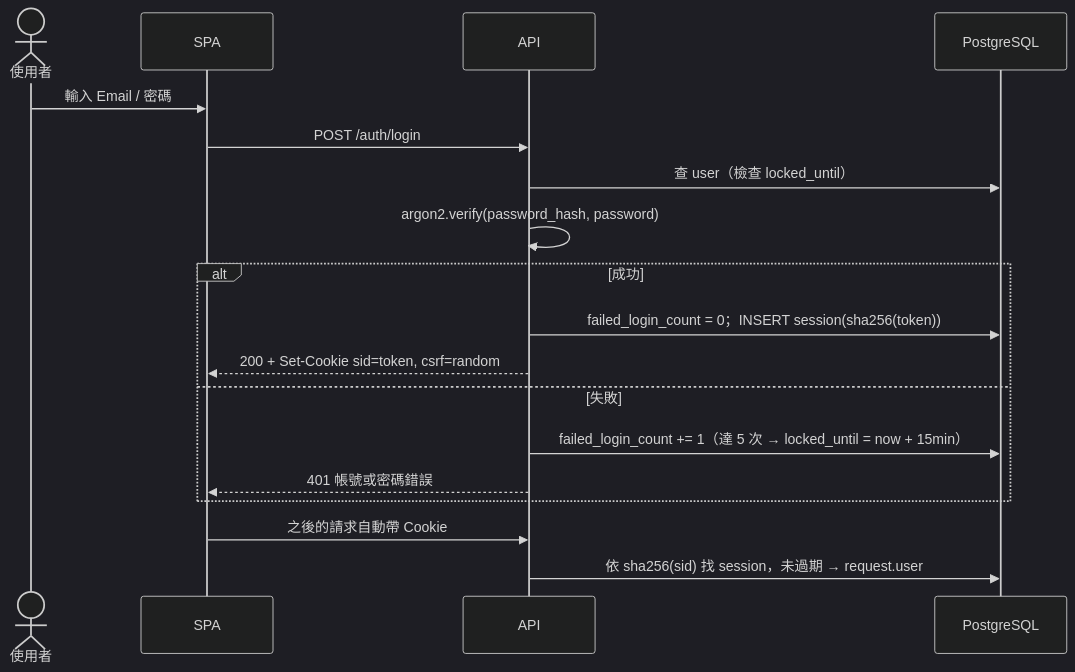
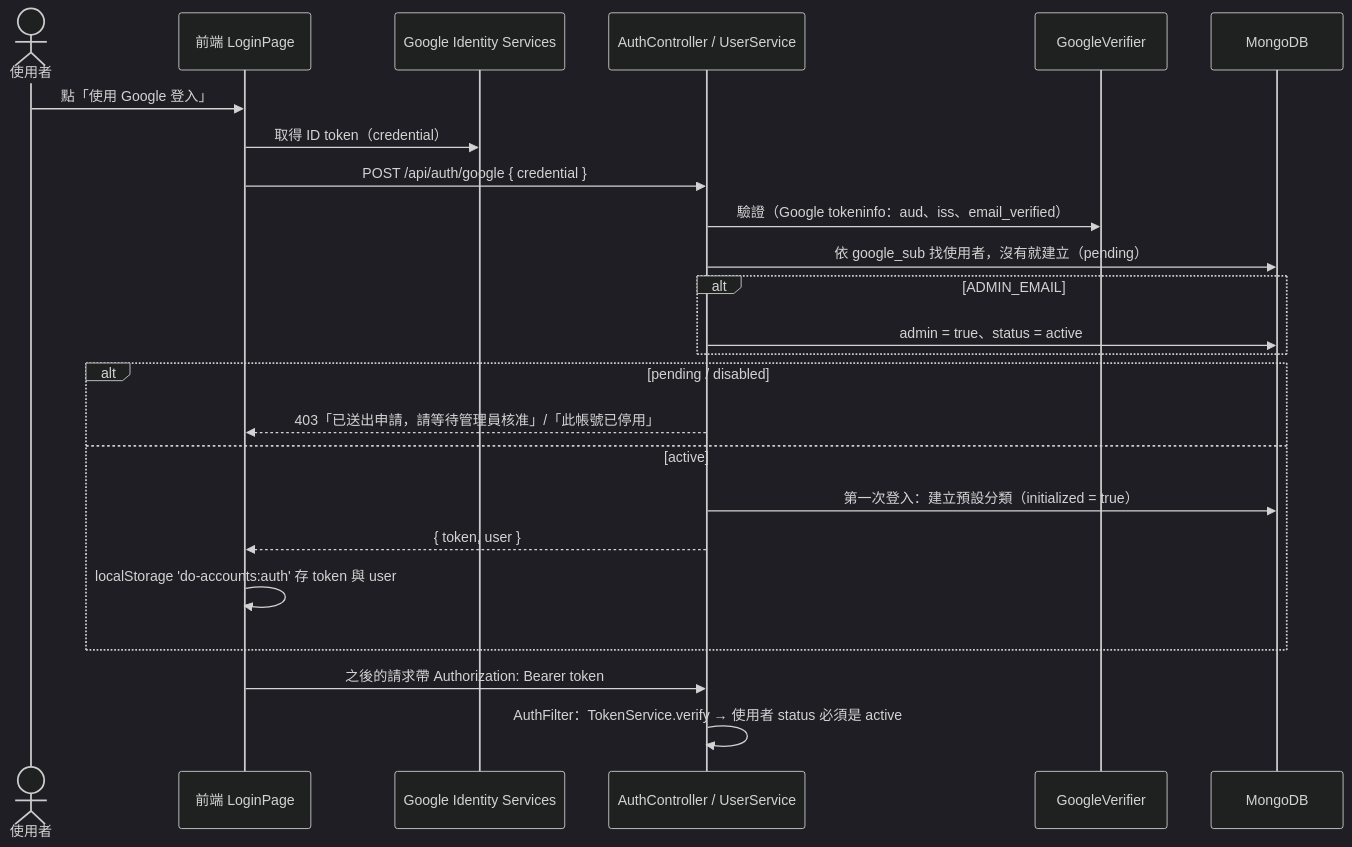
The third of 6 diagrams in docs/SD.md (alexsuze/do-accounts), drawn with Mermaid (dark theme) before and after one commit. The commit also changed other lines of this file and 3 other files, not shown here.

````diff
--- a/docs/SD.md
+++ b/docs/SD.md
@@ -527,21 +512,27 @@
 ```mermaid
 sequenceDiagram
     actor U as 使用者
-    participant W as SPA
-    participant A as API
-    participant DB as PostgreSQL
+    participant W as 前端 LoginPage
+    participant G as Google Identity Services
+    participant A as AuthController / UserService
+    participant GV as GoogleVerifier
+    participant DB as MongoDB
 
-    U->>W: 輸入 Email / 密碼
-    W->>A: POST /auth/login
-    A->>DB: 查 user（檢查 locked_until）
-    A->>A: argon2.verify(password_hash, password)
-    alt 成功
-        A->>DB: failed_login_count = 0；INSERT session(sha256(token))
-        A-->>W: 200 + Set-Cookie sid=token, csrf=random
-    else 失敗
-        A->>DB: failed_login_count += 1（達 5 次 → locked_until = now + 15min）
-        A-->>W: 401 帳號或密碼錯誤
+    U->>W: 點「使用 Google 登入」
+    W->>G: 取得 ID token（credential）
+    W->>A: POST /api/auth/google { credential }
+    A->>GV: 驗證（Google tokeninfo：aud、iss、email_verified）
+    A->>DB: 依 google_sub 找使用者，沒有就建立（pending）
+    alt ADMIN_EMAIL
+        A->>DB: admin = true、status = active
     end
-    W->>A: 之後的請求自動帶 Cookie
-    A->>DB: 依 sha256(sid) 找 session，未過期 → request.user
+    alt pending / disabled
+        A-->>W: 403「已送出申請，請等待管理員核准」/「此帳號已停用」
+    else active
+        A->>DB: 第一次登入：建立預設分類（initialized = true）
+        A-->>W: { token, user }
+        W->>W: localStorage 'do-accounts:auth' 存 token 與 user
+    end
+    W->>A: 之後的請求帶 Authorization: Bearer token
+    A->>A: AuthFilter：TokenService.verify → 使用者 status 必須是 active
 ```
````
